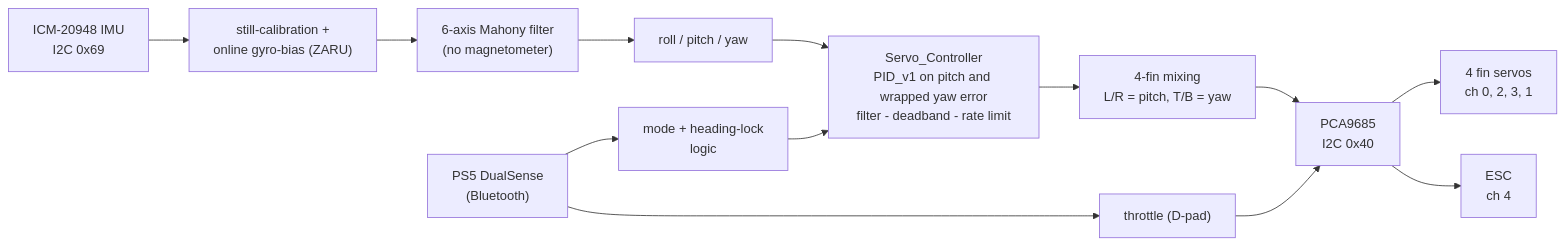
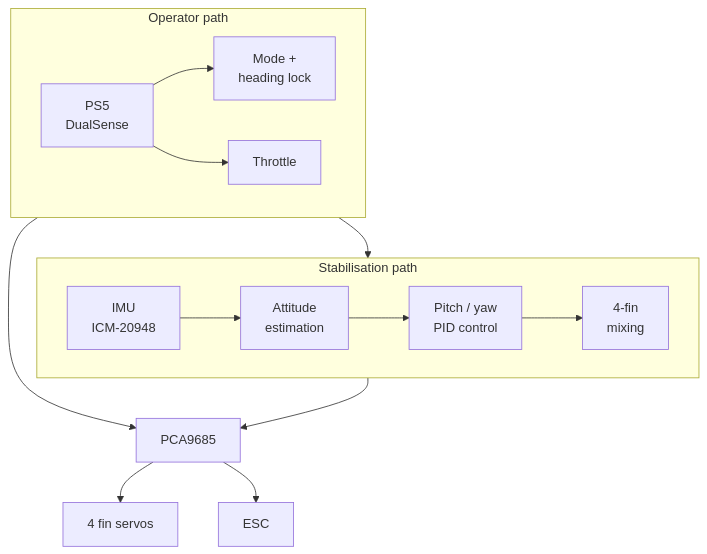
Before and after one commit to AlaaRadhwan/underwater-rocket-esp32-firmware: the diagram in README.md, drawn with Mermaid. The commit also changed other lines of this file and 8 other files, not shown here.

First line of the commit message:
Docs: simplify Mermaid diagrams, add pool-test clip

````diff
--- a/README.md
+++ b/README.md
@@ -20,15 +20,17 @@
 ```mermaid
-flowchart LR
-  IMU["ICM-20948 IMU<br/>I2C 0x69"] --> CAL["still-calibration +<br/>online gyro-bias (ZARU)"]
-  CAL --> MAH["6-axis Mahony filter<br/>(no magnetometer)"]
-  MAH --> RPY["roll / pitch / yaw"]
-  PS5["PS5 DualSense<br/>(Bluetooth)"] --> MODE["mode + heading-lock<br/>logic"]
-  RPY --> CTRL["Servo_Controller<br/>PID_v1 on pitch and wrapped yaw error<br/>filter - deadband - rate limit"]
-  MODE --> CTRL
-  CTRL --> MIX["4-fin mixing<br/>L/R = pitch, T/B = yaw"]
-  MIX --> PCA["PCA9685<br/>I2C 0x40"]
-  PS5 --> THR["throttle (D-pad)"]
+flowchart TB
+  subgraph STAB["Stabilisation path"]
+    direction LR
+    IMU["IMU<br/>ICM-20948"] --> EST["Attitude<br/>estimation"] --> CTRL["Pitch / yaw<br/>PID control"] --> MIX["4-fin<br/>mixing"]
+  end
+  subgraph OP["Operator path"]
+    direction LR
+    PS5["PS5<br/>DualSense"] --> LOCK["Mode +<br/>heading lock"]
+    PS5 --> THR["Throttle"]
+  end
+  LOCK --> CTRL
+  MIX --> PCA["PCA9685"]
   THR --> PCA
-  PCA --> FINS["4 fin servos<br/>ch 0, 2, 3, 1"]
-  PCA --> ESC["ESC<br/>ch 4"]
+  PCA --> FINS["4 fin servos"]
+  PCA --> ESC["ESC"]
 ```
````
